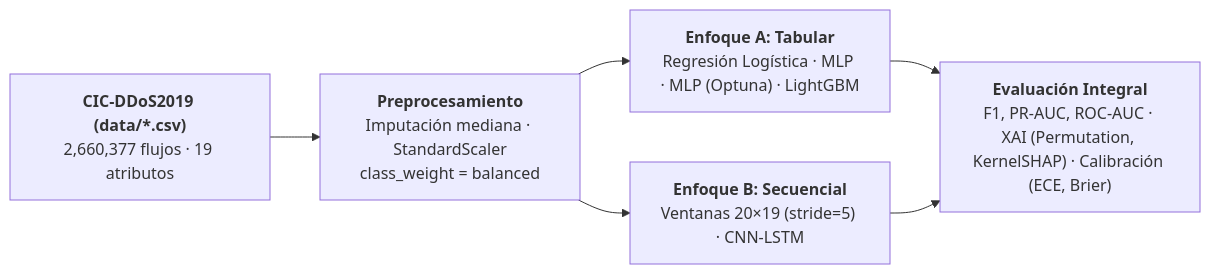
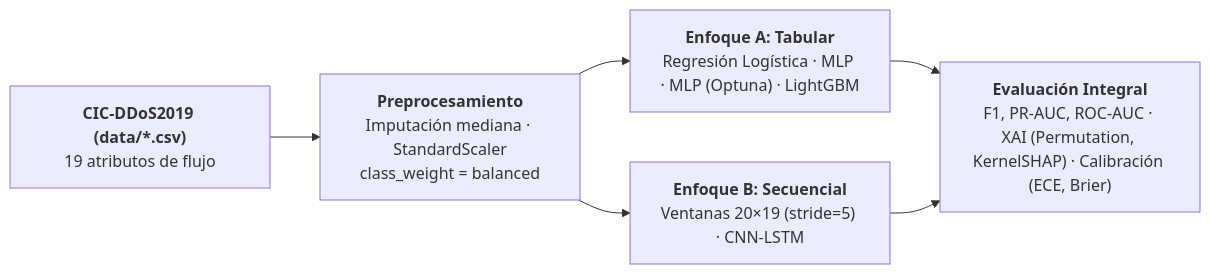
One commit to fernandobeyond/tln02poster-deeplearning-ddos changed the diagram in README.md. Above: the diagram before and after it, drawn with Mermaid. The commit also changed other lines of this file, not shown here.

````diff
--- a/README.md
+++ b/README.md
@@ -72,8 +75,8 @@
 ```mermaid
 flowchart LR
-    D["<b>CIC-DDoS2019 (data/*.csv)</b><br/>2,660,377 flujos · 19 atributos"] --> P["<b>Preprocesamiento</b><br/>Imputación mediana · StandardScaler<br/>class_weight = balanced"]
+    D["<b>CIC-DDoS2019 (data/*.csv)</b><br/>19 atributos de flujo"] --> P["<b>Preprocesamiento</b><br/>Imputación mediana · StandardScaler<br/>class_weight = balanced"]
     P --> T["<b>Enfoque A: Tabular</b><br/>Regresión Logística · MLP · MLP (Optuna) · LightGBM"]
     P --> S["<b>Enfoque B: Secuencial</b><br/>Ventanas 20×19 (stride=5) · CNN-LSTM"]
     T --> E["<b>Evaluación Integral</b><br/>F1, PR-AUC, ROC-AUC · XAI (Permutation, KernelSHAP) · Calibración (ECE, Brier)"]
     S --> E
 ```
````
